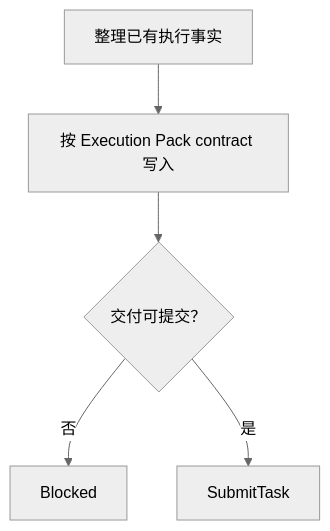
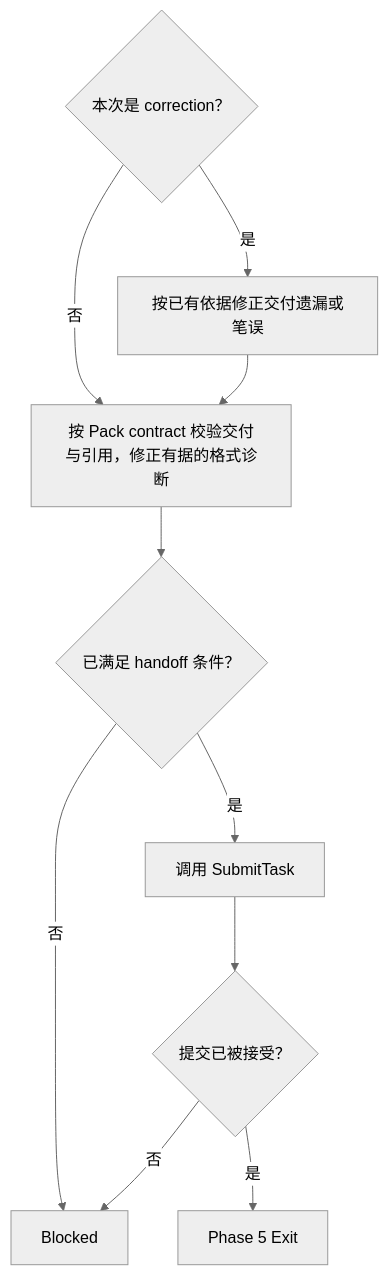
Before and after one commit to daihothot/scout: the seventh of 7 diagrams in assets/codex/skills/domain-rbt-executor/SKILL.md, drawn with Mermaid (neutral theme). The commit also changed other lines of this file and 22 other files, not shown here.

````diff
--- a/assets/codex/skills/domain-rbt-executor/SKILL.md
+++ b/assets/codex/skills/domain-rbt-executor/SKILL.md
@@ -257,7 +360,13 @@
 ```mermaid
 flowchart TD
-  A["整理已有执行事实"] --> B["按 Execution Pack contract 写入"]
-  B --> C{"交付可提交？"}
-  C -- "否" --> X["Blocked"]
-  C -- "是" --> D["SubmitTask"]
+  A{"本次是 correction？"}
+  A -- 是 --> B["按已有依据修正交付遗漏或笔误"]
+  A -- 否 --> C["按 Pack contract 校验交付与引用，修正有据的格式诊断"]
+  B --> C
+  C --> D{"已满足 handoff 条件？"}
+  D -- 否 --> X["Blocked"]
+  D -- 是 --> E["调用 SubmitTask"]
+  E --> F{"提交已被接受？"}
+  F -- 否 --> X
+  F -- 是 --> G["Phase 5 Exit"]
 ```
````
